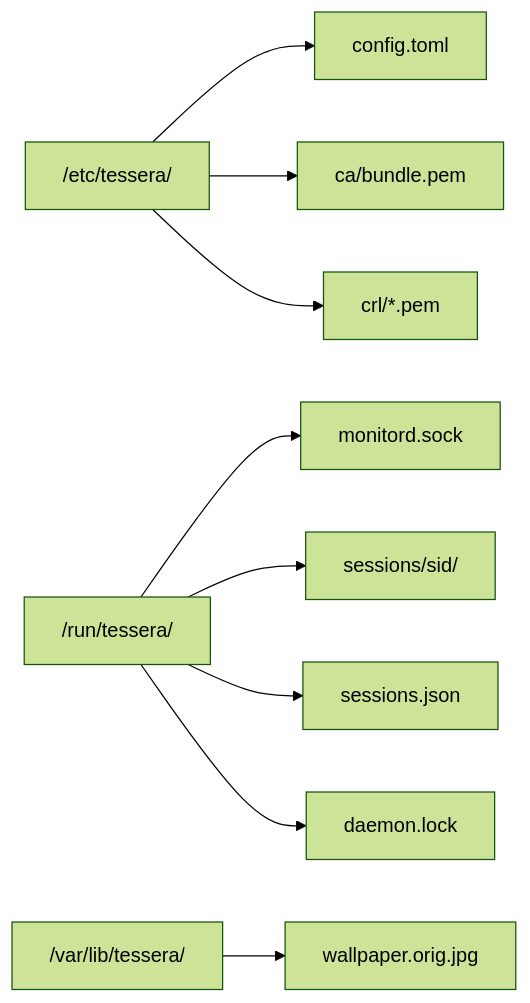
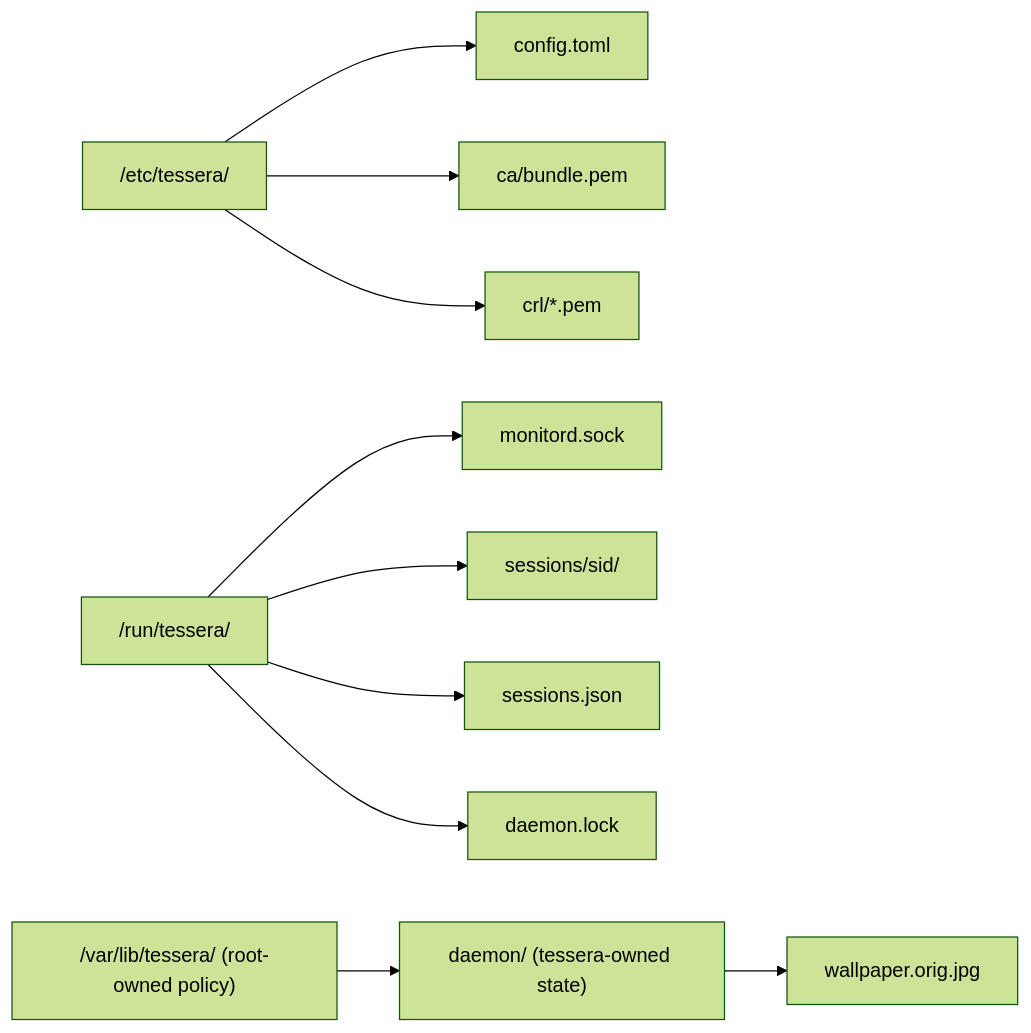
One commit to TesseraLabs/tessera changed the second of 6 diagrams in docs/en/architecture.md. Above: the diagram before and after it, drawn with Mermaid (forest theme). The commit also changed other lines of this file and 139 other files, not shown here.

````diff
--- a/docs/en/architecture.md
+++ b/docs/en/architecture.md
@@ -235,11 +235,12 @@
 ```mermaid
 flowchart LR
     etc["/etc/tessera/"] --> cfg[config.toml]
     etc --> ca["ca/bundle.pem"]
     etc --> crl["crl/*.pem"]
     run["/run/tessera/"] --> sock[monitord.sock]
     run --> sessions["sessions/sid/"]
     run --> state[sessions.json]
     run --> lock[daemon.lock]
-    var["/var/lib/tessera/"] --> wp["wallpaper.orig.jpg"]
+    var["/var/lib/tessera/ (root-owned policy)"] --> daemon["daemon/ (tessera-owned state)"]
+    daemon --> wp["wallpaper.orig.jpg"]
 ```
````
